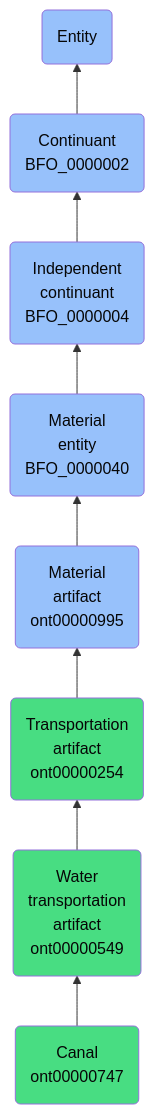
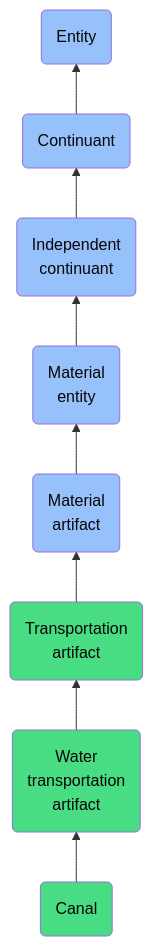
One commit to jupyter-naas/abi changed the diagram in docs/ontology/reference/model/Entity/Continuant/Independent continuant/Material entity/Material artifact/Transportation artifact/Water transportation artifact/Canal/Canal.md. Above: the diagram before and after it, drawn with Mermaid. The commit also changed other lines of this file and 1430 other files, not shown here.

````diff
--- a/docs/ontology/reference/model/Entity/Continuant/Independent continuant/Material entity/Material artifact/Transportation artifact/Water transportation artifact/Canal/Canal.md
+++ b/docs/ontology/reference/model/Entity/Continuant/Independent continuant/Material entity/Material artifact/Transportation artifact/Water transportation artifact/Canal/Canal.md
@@ -24,15 +24,15 @@
 ```mermaid
 graph BT
-    ont00000747(Canal<br>ont00000747):::ABI-->ont00000549
-    ont00000549(Water<br>transportation<br>artifact<br>ont00000549):::ABI-->ont00000254
-    ont00000254(Transportation<br>artifact<br>ont00000254):::ABI-->ont00000995
-    ont00000995(Material<br>artifact<br>ont00000995):::BFO-->BFO_0000040
-    BFO_0000040(Material<br>entity<br>BFO_0000040):::BFO-->BFO_0000004
-    BFO_0000004(Independent<br>continuant<br>BFO_0000004):::BFO-->BFO_0000002
-    BFO_0000002(Continuant<br>BFO_0000002):::BFO-->BFO_0000001
+    ont00000747(Canal):::ABI-->ont00000549
+    ont00000549(Water<br>transportation<br>artifact):::ABI-->ont00000254
+    ont00000254(Transportation<br>artifact):::ABI-->ont00000995
+    ont00000995(Material<br>artifact):::BFO-->BFO_0000040
+    BFO_0000040(Material<br>entity):::BFO-->BFO_0000004
+    BFO_0000004(Independent<br>continuant):::BFO-->BFO_0000002
+    BFO_0000002(Continuant):::BFO-->BFO_0000001
     BFO_0000001(Entity):::BFO
     
     classDef BFO fill:#97c1fb,color:#060606
     classDef CCO fill:#e4c51e,color:#060606
     classDef ABI fill:#48DD82,color:#060606
 ```
````
